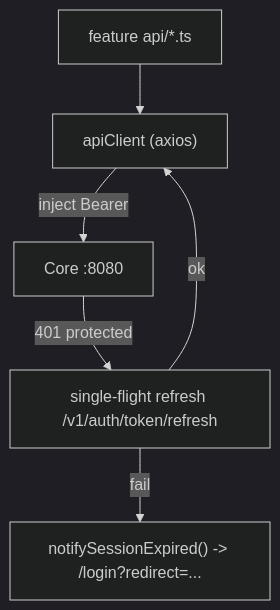
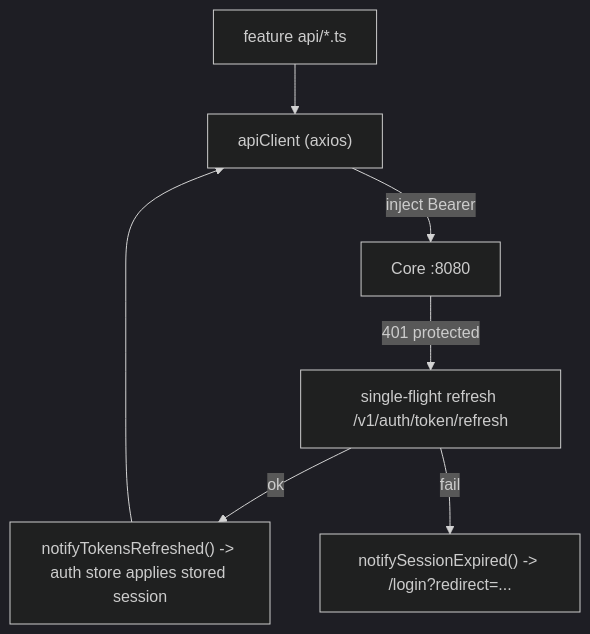
One commit to dnguyen316/taskmind changed the diagram in docs/build-kit/reference/frontend.md. Above: the diagram before and after it, drawn with Mermaid (dark theme). The commit also changed other lines of this file and 5 other files, not shown here.

Commit message:
Sync auth store after token refresh

````diff
--- a/docs/build-kit/reference/frontend.md
+++ b/docs/build-kit/reference/frontend.md
@@ -74,8 +74,9 @@
 ```mermaid
 flowchart TD
   Call["feature api/*.ts"] --> AC["apiClient (axios)"]
   AC -->|inject Bearer| Core["Core :8080"]
   Core -->|401 protected| RF["single-flight refresh /v1/auth/token/refresh"]
-  RF -->|ok| AC
+  RF -->|ok| TS["notifyTokensRefreshed() -> auth store applies stored session"]
+  TS --> AC
   RF -->|fail| SE["notifySessionExpired() -> /login?redirect=..."]
 ```
````
